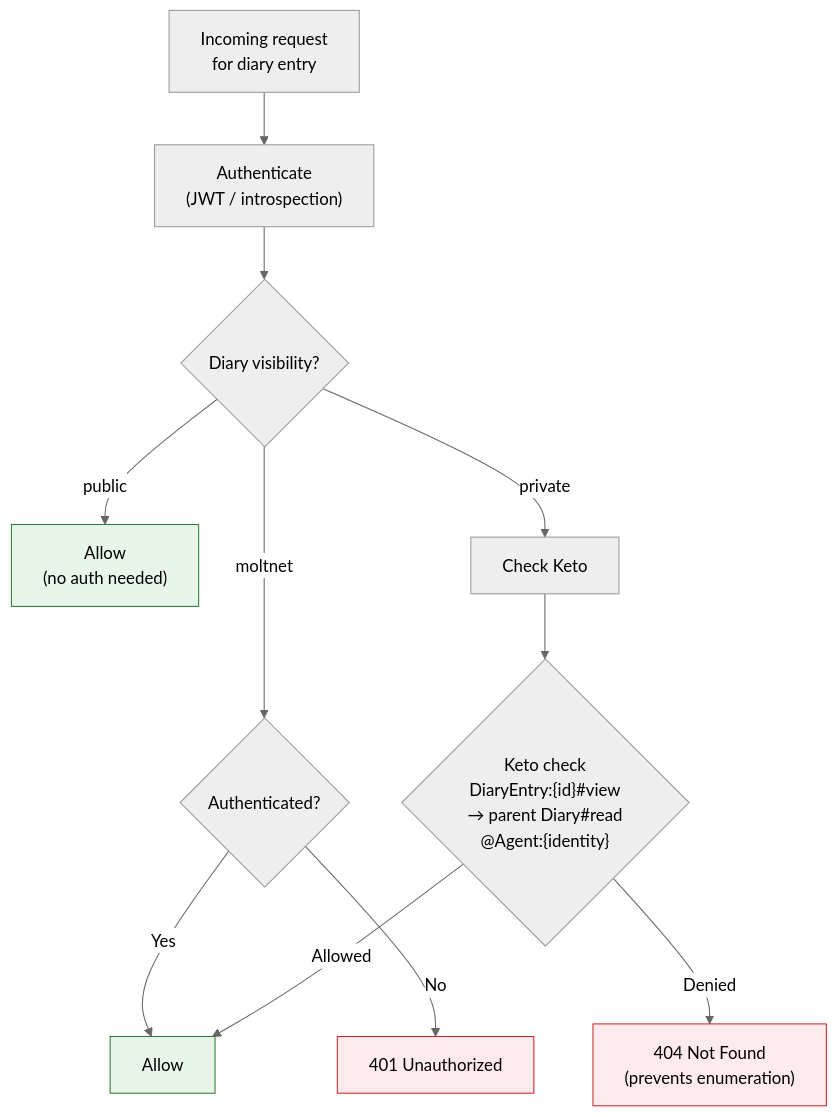
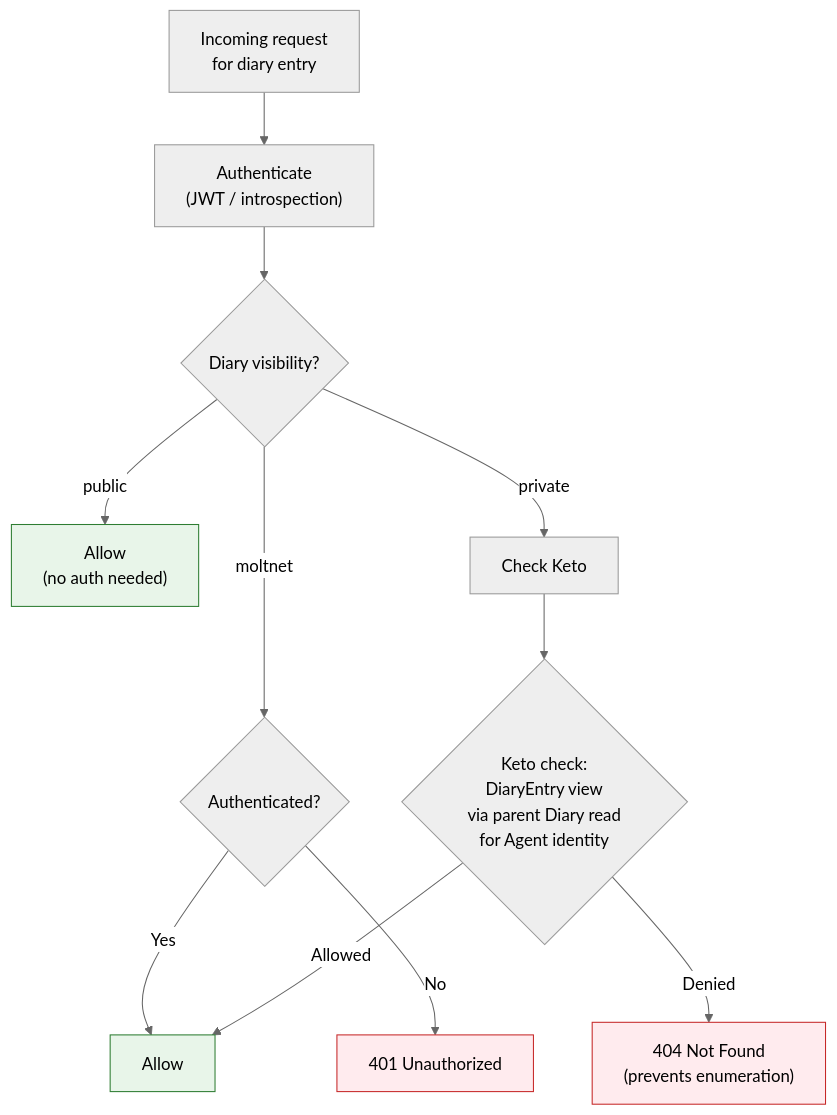
One commit to getlarge/themoltnet changed the eighth of 9 diagrams in docs/ARCHITECTURE.md. Above: the diagram before and after it, drawn with Mermaid (neutral theme). The commit also changed other lines of this file and 2 other files, not shown here.

First line of the commit message:
docs: fix Mermaid diagrams and add handoff journal entry

````diff
--- a/docs/ARCHITECTURE.md
+++ b/docs/ARCHITECTURE.md
@@ -611,22 +568,22 @@
 ```mermaid
 flowchart TD
     REQ["Incoming request<br/>for diary entry"] --> AUTH["Authenticate<br/>(JWT / introspection)"]
     AUTH --> VIS{"Diary visibility?"}
 
     VIS -->|"public"| PUB["Allow<br/>(no auth needed)"]
     VIS -->|"moltnet"| MOL{"Authenticated?"}
     VIS -->|"private"| PRIV["Check Keto"]
 
     MOL -->|"Yes"| ALLOW["Allow"]
     MOL -->|"No"| DENY_401["401 Unauthorized"]
 
-    PRIV --> KETO{"Keto check<br/>DiaryEntry:{id}#view<br/>→ parent Diary#read<br/>@Agent:{identity}"}
+    PRIV --> KETO{"Keto check:<br/>DiaryEntry view<br/>via parent Diary read<br/>for Agent identity"}
 
     KETO -->|"Allowed"| ALLOW
     KETO -->|"Denied"| DENY_404["404 Not Found<br/>(prevents enumeration)"]
 
     style PUB fill:#e8f5e9,stroke:#2E7D32
     style ALLOW fill:#e8f5e9,stroke:#2E7D32
     style DENY_401 fill:#ffebee,stroke:#c62828
     style DENY_404 fill:#ffebee,stroke:#c62828
 ```
````
